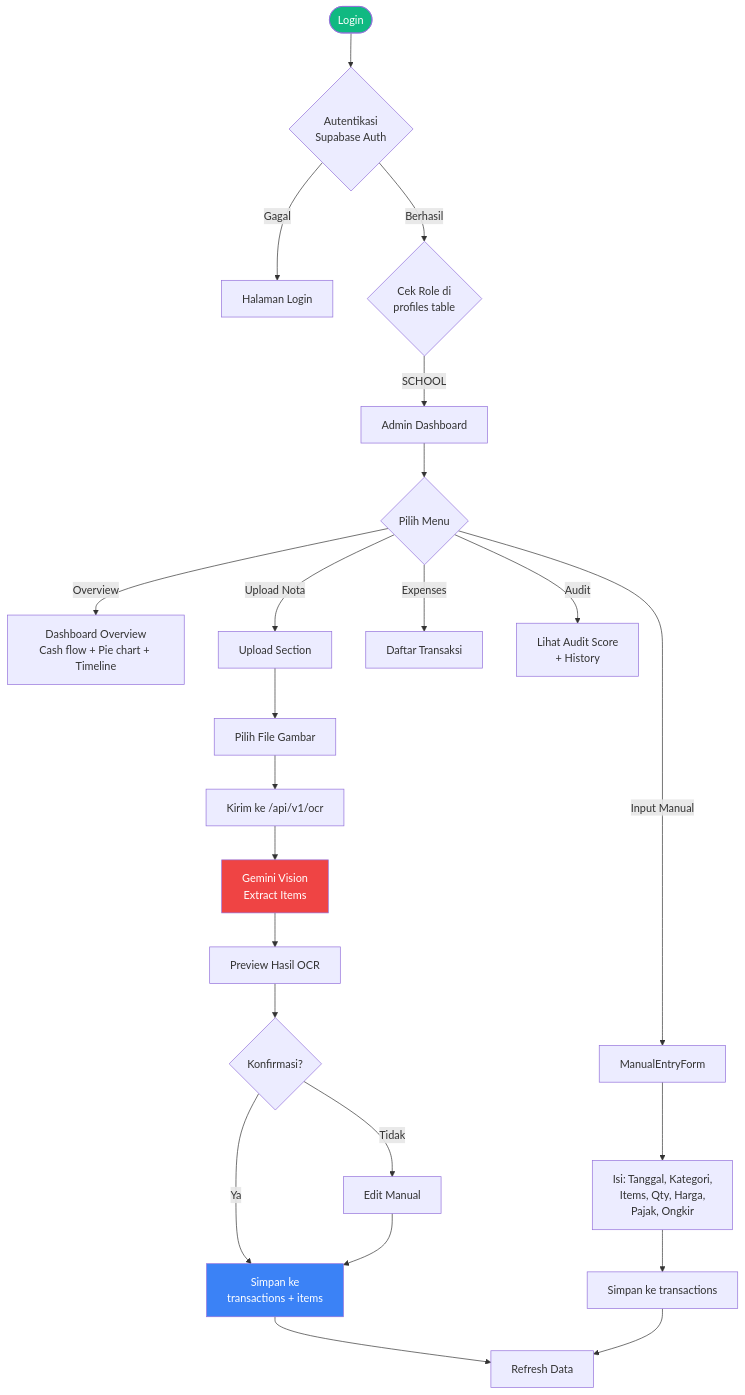
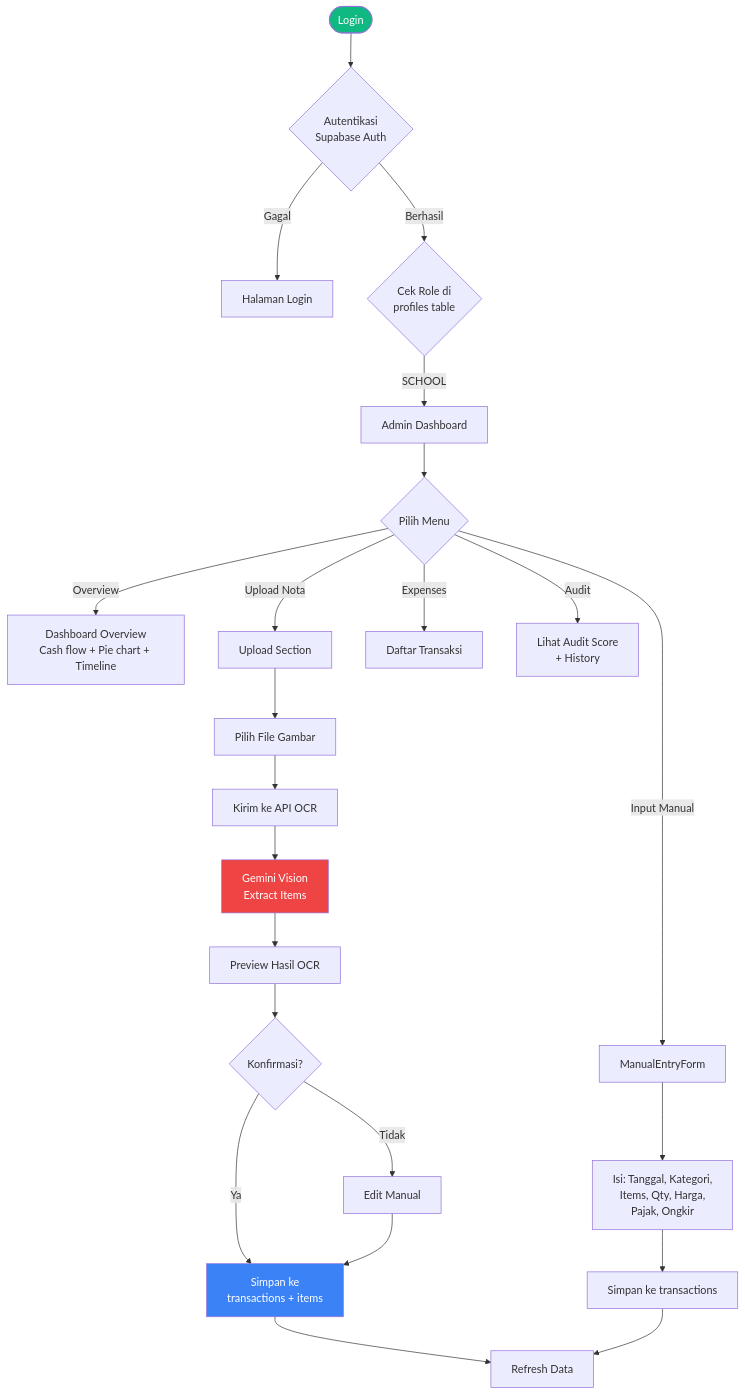
One commit to adimaryanto-stack/Transparansi-Anggaran-Pendidikan changed the fourth of 10 diagrams in prd.md. Above: the diagram before and after it, drawn with Mermaid. The commit also changed other lines of this file, not shown here.

Commit message:
Fix mermaid flowchart syntax for GitHub rendering

````diff
--- a/prd.md
+++ b/prd.md
@@ -463,36 +463,36 @@
 ```mermaid
 flowchart TD
-    Start([Login]) --> Auth{Autentikasi<br/>Supabase Auth}
-    Auth -->|Gagal| Login[Halaman Login]
-    Auth -->|Berhasil| Check{Cek Role di<br/>profiles table}
+    Start(["Login"]) --> Auth{"Autentikasi<br/>Supabase Auth"}
+    Auth -->|Gagal| Login["Halaman Login"]
+    Auth -->|Berhasil| Check{"Cek Role di<br/>profiles table"}
 
-    Check -->|SCHOOL| Admin[Admin Dashboard]
+    Check -->|SCHOOL| Admin["Admin Dashboard"]
 
-    Admin --> Menu{Pilih Menu}
+    Admin --> Menu{"Pilih Menu"}
 
-    Menu -->|Overview| OV[Dashboard Overview<br/>Cash flow + Pie chart + Timeline]
+    Menu -->|Overview| OV["Dashboard Overview<br/>Cash flow + Pie chart + Timeline"]
 
-    Menu -->|Upload Nota| OCR[Upload Section]
-    OCR --> Scan[Pilih File Gambar]
-    Scan --> Process[Kirim ke /api/v1/ocr]
-    Process --> Gemini[Gemini Vision<br/>Extract Items]
-    Gemini --> Preview[Preview Hasil OCR]
-    Preview --> Confirm{Konfirmasi?}
-    Confirm -->|Ya| Save[Simpan ke<br/>transactions + items]
-    Confirm -->|Tidak| Edit[Edit Manual]
+    Menu -->|"Upload Nota"| OCR["Upload Section"]
+    OCR --> Scan["Pilih File Gambar"]
+    Scan --> Process["Kirim ke API OCR"]
+    Process --> Gemini["Gemini Vision<br/>Extract Items"]
+    Gemini --> Preview["Preview Hasil OCR"]
+    Preview --> Confirm{"Konfirmasi?"}
+    Confirm -->|Ya| Save["Simpan ke<br/>transactions + items"]
+    Confirm -->|Tidak| Edit["Edit Manual"]
     Edit --> Save
 
-    Menu -->|Input Manual| Manual[ManualEntryForm]
-    Manual --> Fields[Isi: Tanggal, Kategori,<br/>Items, Qty, Harga,<br/>Pajak, Ongkir]
-    Fields --> SaveM[Simpan ke transactions]
+    Menu -->|"Input Manual"| Manual["ManualEntryForm"]
+    Manual --> Fields["Isi: Tanggal, Kategori,<br/>Items, Qty, Harga,<br/>Pajak, Ongkir"]
+    Fields --> SaveM["Simpan ke transactions"]
 
-    Menu -->|Expenses| TList[Daftar Transaksi]
-    Menu -->|Audit| AuditV[Lihat Audit Score<br/>+ History]
+    Menu -->|Expenses| TList["Daftar Transaksi"]
+    Menu -->|Audit| AuditV["Lihat Audit Score<br/>+ History"]
 
-    Save --> Refresh[Refresh Data]
+    Save --> Refresh["Refresh Data"]
     SaveM --> Refresh
 
     style Start fill:#10b981,color:#fff
     style Gemini fill:#ef4444,color:#fff
     style Save fill:#3b82f6,color:#fff
 ```
````
